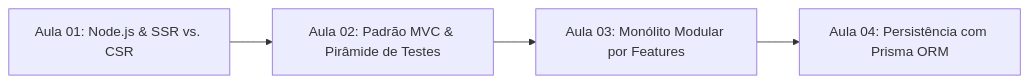
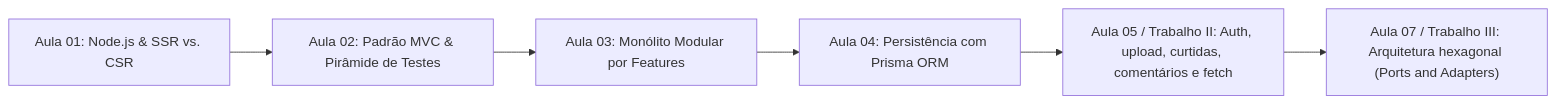
The diagram in README.md (FranGnMoraes/atividades-webII-tads), drawn with Mermaid before and after one commit. The commit also changed other lines of this file and 132 other files, not shown here.

Commit message:
Trabalhos II e III + registro de decisões do Trabalho I

````diff
--- a/README.md
+++ b/README.md
@@ -25,6 +25,8 @@
 ```mermaid
 flowchart LR
     A["Aula 01: Node.js & SSR vs. CSR"] --> B["Aula 02: Padrão MVC & Pirâmide de Testes"]
     B --> C["Aula 03: Monólito Modular por Features"]
     C --> D["Aula 04: Persistência com Prisma ORM"]
+    D --> E["Aula 05 / Trabalho II: Auth, upload, curtidas, comentários e fetch"]
+    E --> F["Aula 07 / Trabalho III: Arquitetura hexagonal (Ports and Adapters)"]
 ```
````
